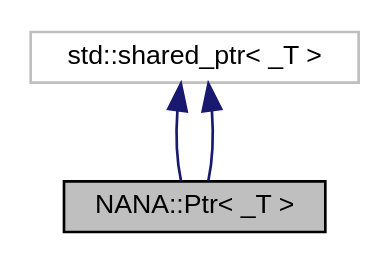
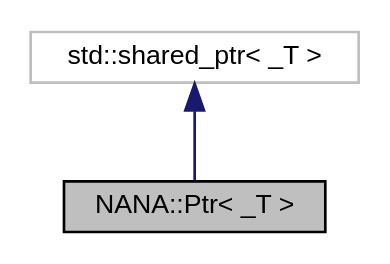
The diagram in docs/class_n_a_n_a_1_1_ptr__coll__graph.dot (YuruTu/NANA), drawn with Graphviz before and after one commit. The commit also changed 316 other files, not shown here.

```diff
--- a/docs/class_n_a_n_a_1_1_ptr__coll__graph.dot
+++ b/docs/class_n_a_n_a_1_1_ptr__coll__graph.dot
@@ -1,10 +1,9 @@
 digraph "NANA::Ptr&lt; _T &gt;"
 {
  // LATEX_PDF_SIZE
   edge [fontname="Helvetica",fontsize="10",labelfontname="Helvetica",labelfontsize="10"];
   node [fontname="Helvetica",fontsize="10",shape=record];
   Node1 [label="NANA::Ptr\< _T \>",height=0.2,width=0.4,color="black", fillcolor="grey75", style="filled", fontcolor="black",tooltip="继承自std::shared_ptr的智能指针"];
   Node2 -> Node1 [dir="back",color="midnightblue",fontsize="10",style="solid",fontname="Helvetica"];
   Node2 [label="std::shared_ptr\< _T \>",height=0.2,width=0.4,color="grey75", fillcolor="white", style="filled",tooltip=" "];
-  Node2 -> Node1 [dir="back",color="midnightblue",fontsize="10",style="solid",fontname="Helvetica"];
 }
```
